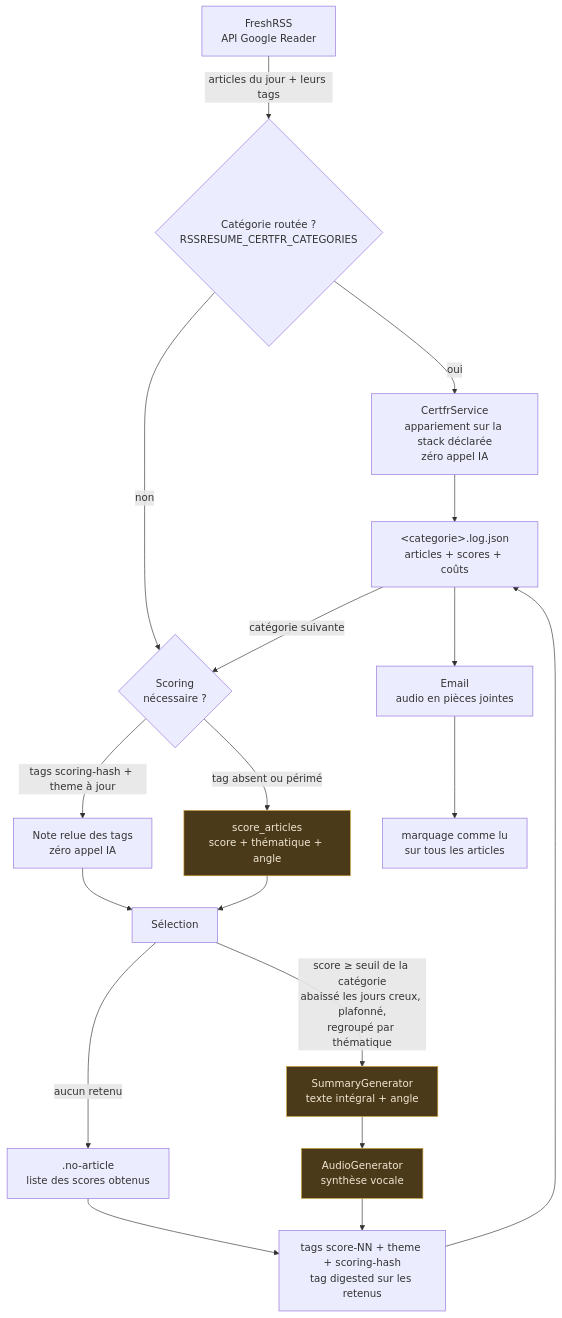
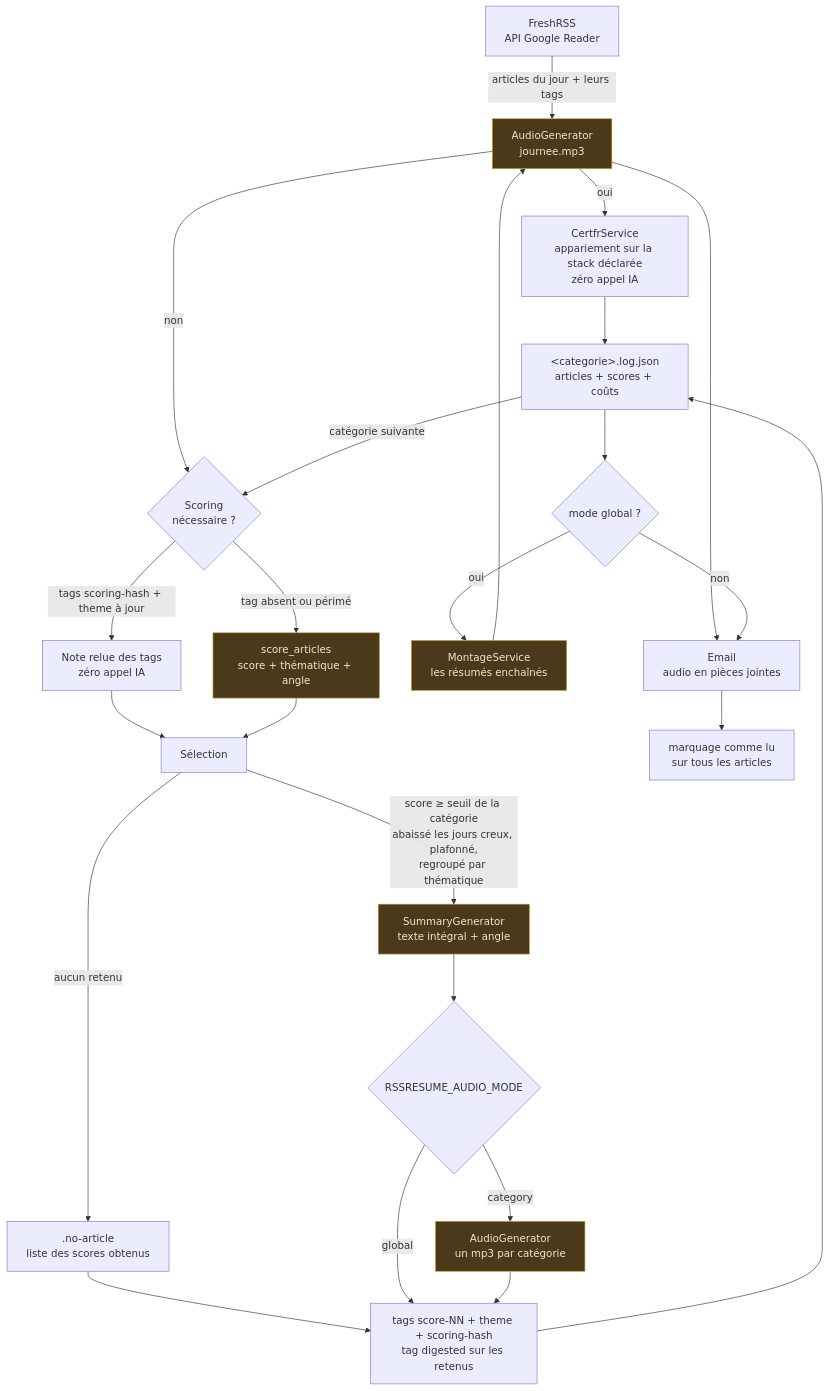
The first of 2 diagrams in FONCTIONNEMENT.md (odrix/RSSResume), drawn with Mermaid before and after one commit. The commit also changed other lines of this file and 1 other file, not shown here.

First line of the commit message:
docs: documenter le mode audio global

````diff
--- a/FONCTIONNEMENT.md
+++ b/FONCTIONNEMENT.md
@@ -8,28 +8,36 @@
 ```mermaid
 flowchart TD
     A[FreshRSS<br/>API Google Reader] -->|articles du jour + leurs tags| R{Catégorie routée ?<br/>RSSRESUME_CERTFR_CATEGORIES}
 
     R -->|oui| S["CertfrService<br/>appariement sur la stack déclarée<br/>zéro appel IA"]
     S --> J
     R -->|non| B{Scoring<br/>nécessaire ?}
 
     B -->|tags scoring-hash + theme à jour| C[Note relue des tags<br/>zéro appel IA]
     B -->|tag absent ou périmé| D[score_articles<br/>score + thématique + angle]
 
     C --> E[Sélection]
     D --> E
 
     E -->|score ≥ seuil de la catégorie<br/>abaissé les jours creux, plafonné,<br/>regroupé par thématique| F[SummaryGenerator<br/>texte intégral + angle]
     E -->|aucun retenu| N[".no-article<br/>liste des scores obtenus"]
     N --> T
-    F --> G[AudioGenerator<br/>synthèse vocale]
+    F --> M{RSSRESUME_AUDIO_MODE}
+    M -->|category| G[AudioGenerator<br/>un mp3 par catégorie]
+    M -->|global| T
     G --> T[tags score-NN + theme + scoring-hash<br/>tag digested sur les retenus]
     T --> J["&lt;categorie&gt;.log.json<br/>articles + scores + coûts"]
     J -->|catégorie suivante| B
-    J --> H[Email<br/>audio en pièces jointes]
+    J --> P{mode global ?}
+    P -->|oui| Q[MontageService<br/>les résumés enchaînés]
+    Q --> R[AudioGenerator<br/>journee.mp3]
+    R --> H
+    P -->|non| H[Email<br/>audio en pièces jointes]
     H --> L[marquage comme lu<br/>sur tous les articles]
 
     style D fill:#4a3a1a,stroke:#c99a2e,color:#f0e6d2
     style F fill:#4a3a1a,stroke:#c99a2e,color:#f0e6d2
     style G fill:#4a3a1a,stroke:#c99a2e,color:#f0e6d2
+    style Q fill:#4a3a1a,stroke:#c99a2e,color:#f0e6d2
+    style R fill:#4a3a1a,stroke:#c99a2e,color:#f0e6d2
 ```
````
